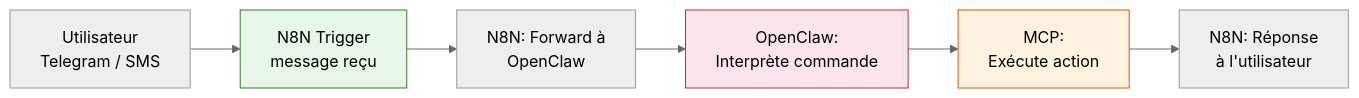
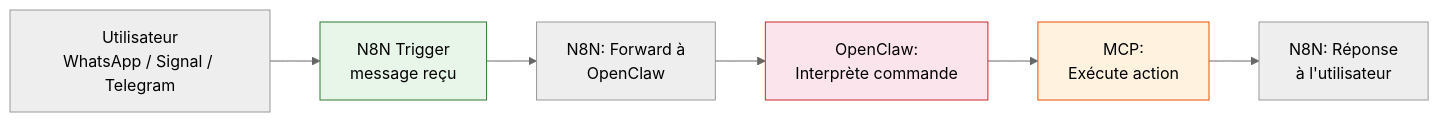
The fifth of 7 diagrams in docs/migration-architecture/n8n-openclaw-prometheus.md (essensys-hub/essensys-raspberry-install), drawn with Mermaid (neutral theme) before and after one commit. The commit also changed other lines of this file and 2 other files, not shown here.

Commit message:
Replace Telegram-only references with WhatsApp/Signal/Telegram

````diff
--- a/docs/migration-architecture/n8n-openclaw-prometheus.md
+++ b/docs/migration-architecture/n8n-openclaw-prometheus.md
@@ -180,12 +180,12 @@
 ```mermaid
 graph LR
-    A[Utilisateur<br/>Telegram / SMS] --> B[N8N Trigger<br/>message reçu]
+    A[Utilisateur<br/>WhatsApp / Signal / Telegram] --> B[N8N Trigger<br/>message reçu]
     B --> C[N8N: Forward à<br/>OpenClaw]
     C --> D[OpenClaw:<br/>Interprète commande]
     D --> E[MCP:<br/>Exécute action]
     E --> F[N8N: Réponse<br/>à l'utilisateur]
 
     style B fill:#e8f5e9,stroke:#2e7d32
     style D fill:#fce4ec,stroke:#c62828
     style E fill:#fff3e0,stroke:#e65100
 ```
````
